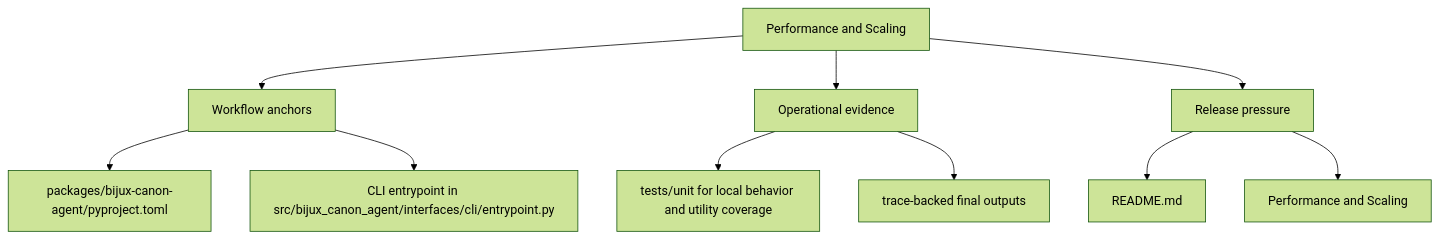
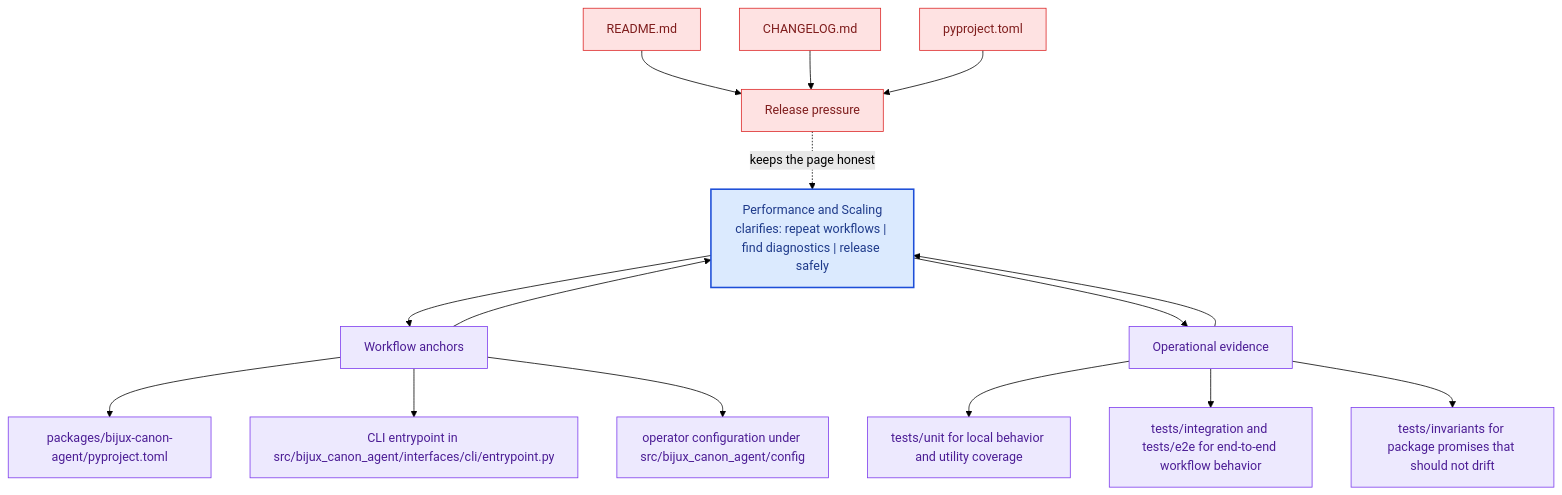
The second of 2 diagrams in docs/bijux-canon-agent/operations/performance-and-scaling.md (bijux/bijux-canon), drawn with Mermaid (forest theme) before and after one commit. The commit also changed other lines of this file and 281 other files, not shown here.

Commit message:
docs(diagrams): deepen handbook mermaid maps across the catalog

````diff
--- a/docs/bijux-canon-agent/operations/performance-and-scaling.md
+++ b/docs/bijux-canon-agent/operations/performance-and-scaling.md
@@ -34,22 +67,41 @@
 ```mermaid
-flowchart TD
-    page["Performance and Scaling"]
+flowchart TB
+    promise["Performance and Scaling<br/>clarifies: repeat workflows | find diagnostics | release safely"]
+    classDef promise fill:#dbeafe,stroke:#1d4ed8,color:#1e3a8a,stroke-width:2px;
+    classDef driver fill:#dcfce7,stroke:#16a34a,color:#14532d;
+    classDef constraint fill:#fee2e2,stroke:#dc2626,color:#7f1d1d;
+    classDef ground fill:#ede9fe,stroke:#7c3aed,color:#4c1d95;
     focus1["Workflow anchors"]
-    page --> focus1
+    focus1 --> promise
+    promise --> focus1
     focus1_1["packages/bijux-canon-agent/pyproject.toml"]
     focus1 --> focus1_1
     focus1_2["CLI entrypoint in src/bijux_canon_agent/interfaces/cli/entrypoint.py"]
     focus1 --> focus1_2
+    focus1_3["operator configuration under src/bijux_canon_agent/config"]
+    focus1 --> focus1_3
+    class focus1 ground;
+    class focus1_1,focus1_2,focus1_3 ground;
     focus2["Operational evidence"]
-    page --> focus2
+    focus2 --> promise
+    promise --> focus2
     focus2_1["tests/unit for local behavior and utility coverage"]
     focus2 --> focus2_1
-    focus2_2["trace-backed final outputs"]
+    focus2_2["tests/integration and tests/e2e for end-to-end workflow behavior"]
     focus2 --> focus2_2
+    focus2_3["tests/invariants for package promises that should not drift"]
+    focus2 --> focus2_3
+    class focus2 ground;
+    class focus2_1,focus2_2,focus2_3 ground;
     focus3["Release pressure"]
-    page --> focus3
+    focus3 -.keeps the page honest.-> promise
     focus3_1["README.md"]
-    focus3 --> focus3_1
-    focus3_2["Performance and Scaling"]
-    focus3 --> focus3_2
+    focus3_1 --> focus3
+    focus3_2["CHANGELOG.md"]
+    focus3_2 --> focus3
+    focus3_3["pyproject.toml"]
+    focus3_3 --> focus3
+    class focus3 constraint;
+    class focus3_1,focus3_2,focus3_3 constraint;
+    class promise promise;
 ```
````
